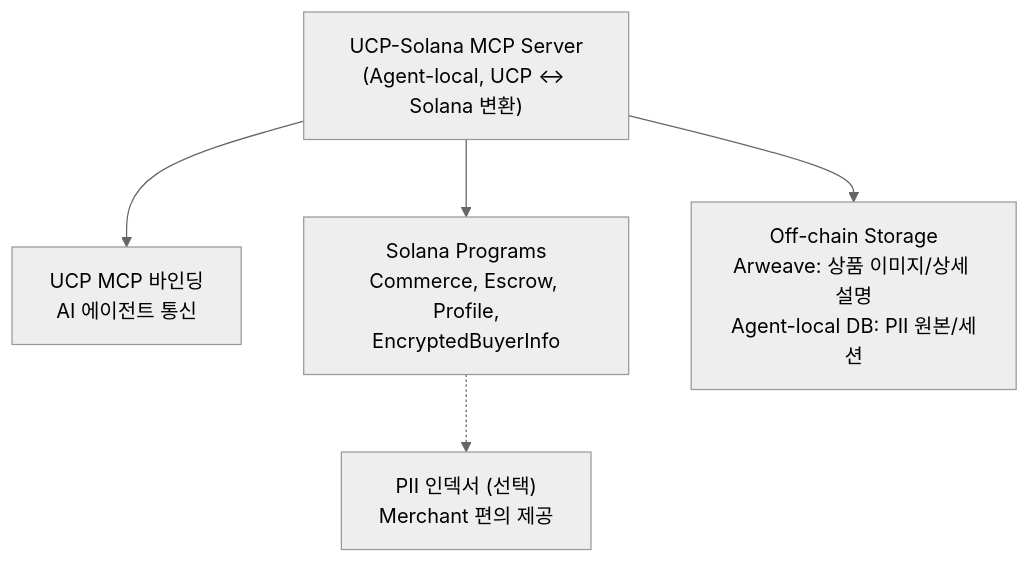
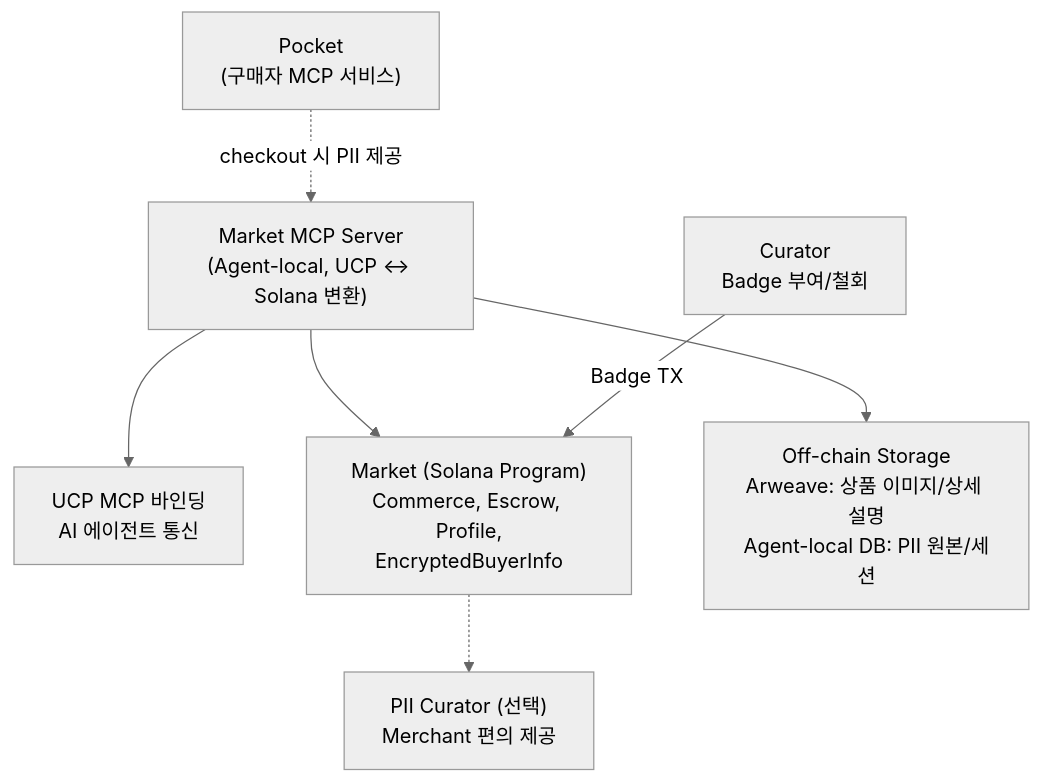
Before and after one commit to hayden-02055/interlude: the sixth of 8 diagrams in docs/design-vision.md, drawn with Mermaid (neutral theme). The commit also changed other lines of this file and 9 other files, not shown here.

Commit message:
feat(docs): Establish Interlude ecosystem naming and add Pocket buyer service design

````diff
--- a/docs/design-vision.md
+++ b/docs/design-vision.md
@@ -192,12 +229,16 @@
 ```mermaid
 flowchart TB
-  BR["UCP-Solana MCP Server<br/>(Agent-local, UCP ↔ Solana 변환)"]
+  PKT["Pocket<br/>(구매자 MCP 서비스)"]
+  BR["Market MCP Server<br/>(Agent-local, UCP ↔ Solana 변환)"]
   U["UCP MCP 바인딩<br/>AI 에이전트 통신"]
-  S["Solana Programs<br/>Commerce, Escrow, Profile,<br/>EncryptedBuyerInfo"]
+  S["Market (Solana Program)<br/>Commerce, Escrow, Profile,<br/>EncryptedBuyerInfo"]
+  C["Curator<br/>Badge 부여/철회"]
   O["Off-chain Storage<br/>Arweave: 상품 이미지/상세 설명<br/>Agent-local DB: PII 원본/세션"]
-  I["PII 인덱서 (선택)<br/>Merchant 편의 제공"]
+  I["PII Curator (선택)<br/>Merchant 편의 제공"]
+  PKT -.->|"checkout 시 PII 제공"| BR
   BR --> U
   BR --> S
+  C -->|"Badge TX"| S
   BR --> O
   S -.-> I
 ```
````
